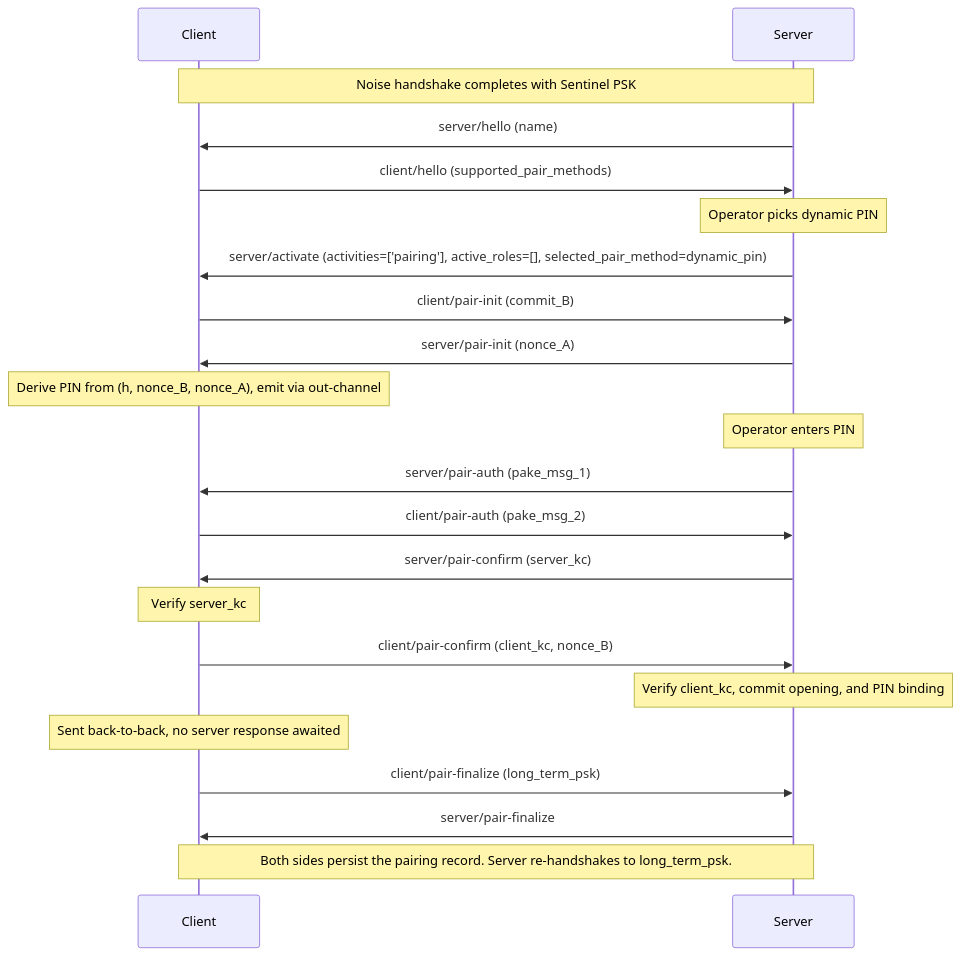
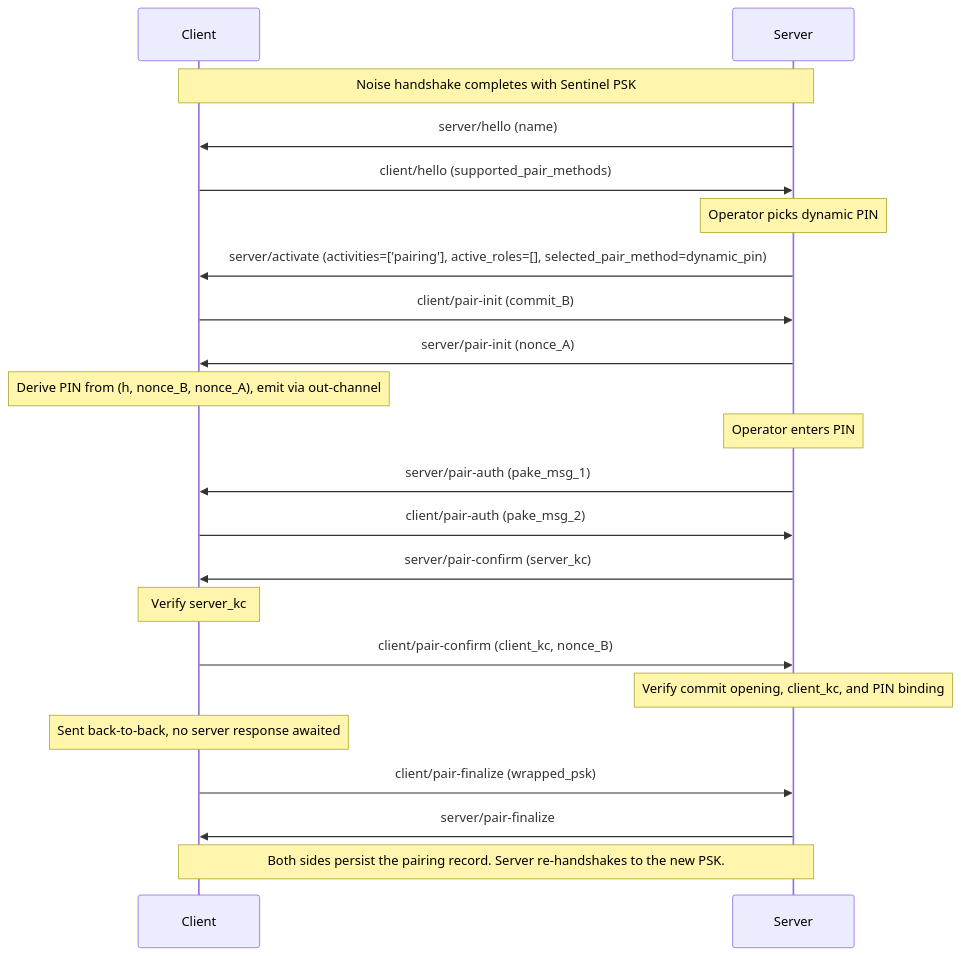
One commit to Resonate-Protocol/spec changed the third of 4 diagrams in README.md. Above: the diagram before and after it, drawn with Mermaid. The commit also changed other lines of this file, not shown here.

First line of the commit message:
Wrap PSK under CPace output (#117)

````diff
--- a/README.md
+++ b/README.md
@@ -776,26 +776,26 @@
 ```mermaid
 sequenceDiagram
     participant Client
     participant Server
 
     Note over Client,Server: Noise handshake completes with Sentinel PSK
 
     Server->>Client: server/hello (name)
     Client->>Server: client/hello (supported_pair_methods)
     Note over Server: Operator picks dynamic PIN
     Server->>Client: server/activate (activities=['pairing'], active_roles=[], selected_pair_method=dynamic_pin)
     Client->>Server: client/pair-init (commit_B)
     Server->>Client: server/pair-init (nonce_A)
     Note over Client: Derive PIN from (h, nonce_B, nonce_A), emit via out-channel
     Note over Server: Operator enters PIN
     Server->>Client: server/pair-auth (pake_msg_1)
     Client->>Server: client/pair-auth (pake_msg_2)
     Server->>Client: server/pair-confirm (server_kc)
     Note over Client: Verify server_kc
     Client->>Server: client/pair-confirm (client_kc, nonce_B)
-    Note over Server: Verify client_kc, commit opening, and PIN binding
+    Note over Server: Verify commit opening, client_kc, and PIN binding
     Note over Client: Sent back-to-back, no server response awaited
-    Client->>Server: client/pair-finalize (long_term_psk)
+    Client->>Server: client/pair-finalize (wrapped_psk)
     Server->>Client: server/pair-finalize
-    Note over Client,Server: Both sides persist the pairing record. Server re-handshakes to long_term_psk.
+    Note over Client,Server: Both sides persist the pairing record. Server re-handshakes to the new PSK.
 ```
````
